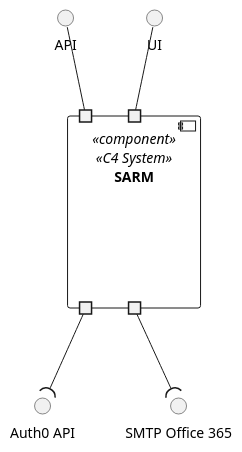
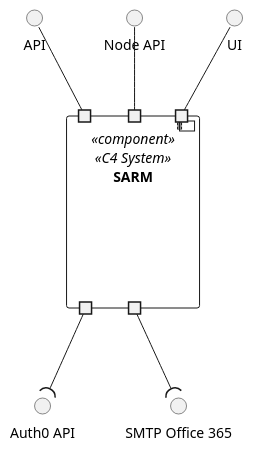
The diagram in docs/views/level1/logic-view.puml (1220846/sem5pi-24-25-3ddg20), drawn with PlantUML before and after one commit. The commit also changed 21 other files, not shown here.

```diff
--- a/docs/views/level1/logic-view.puml
+++ b/docs/views/level1/logic-view.puml
@@ -1,20 +1,23 @@
 @startuml logic-view
 top to bottom direction
 
 interface "API" as API
+interface "Node API" as NodeAPI
 interface "Auth0 API" as A0API
 interface "SMTP Office 365" as SMTP_Office_365
 interface "UI" as UI
 
 component "SARM" <<component>> <<C4 System>> {
     portin " " as PI
     portin " " as PIUI
+    portin " " as PINODE
     portout " " as PI1
     portout " " as PI2
 }
 UI -- PIUI
 API -- PI
+NodeAPI -- PINODE
 PI1 --( A0API
 PI2 --( SMTP_Office_365
 
 @enduml
```
